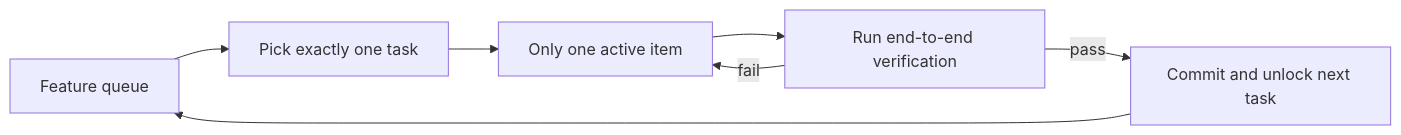
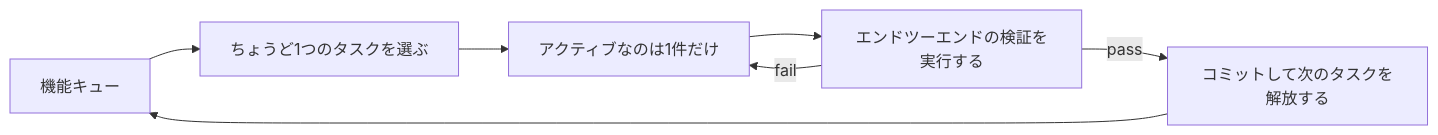
One commit to mkusaka/learn-harness-engineering changed the first of 2 diagrams in docs/en/lectures/lecture-07-why-agents-overreach-and-under-finish/index.md. Above: the diagram before and after it, drawn with Mermaid. The commit also changed other lines of this file and 571 other files, not shown here.

````diff
--- a/docs/en/lectures/lecture-07-why-agents-overreach-and-under-finish/index.md
+++ b/docs/en/lectures/lecture-07-why-agents-overreach-and-under-finish/index.md
@@ -33,9 +33,9 @@
 ```mermaid
 flowchart LR
-    Queue["Feature queue"] --> Pick["Pick exactly one task"]
-    Pick --> Active["Only one active item"]
-    Active --> Verify["Run end-to-end verification"]
-    Verify -->|pass| Commit["Commit and unlock next task"]
+    Queue["機能キュー"] --> Pick["ちょうど1つのタスクを選ぶ"]
+    Pick --> Active["アクティブなのは1件だけ"]
+    Active --> Verify["エンドツーエンドの検証を実行する"]
+    Verify -->|pass| Commit["コミットして次のタスクを解放する"]
     Verify -->|fail| Active
     Commit --> Queue
 ```
````
